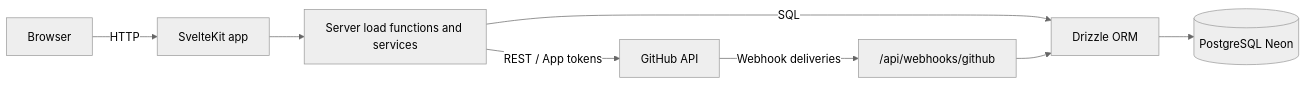
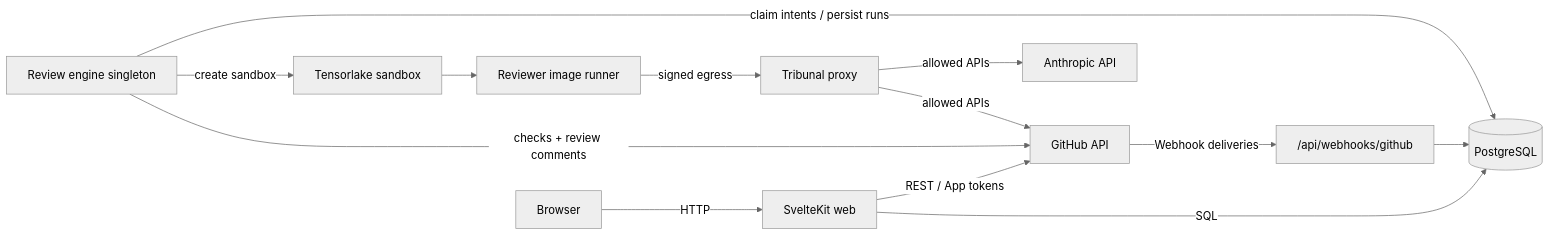
Before and after one commit to stevekinney/tribunal: the first of 3 diagrams in documentation/ARCHITECTURE.md, drawn with Mermaid (neutral theme). The commit also changed other lines of this file and 21 other files, not shown here.

Commit message:
Add review engine release verification

````diff
--- a/documentation/ARCHITECTURE.md
+++ b/documentation/ARCHITECTURE.md
@@ -23,11 +31,15 @@
 ```mermaid
 flowchart LR
-  Browser[Browser] -->|HTTP| SvelteKit[SvelteKit app]
-  SvelteKit --> Services[Server load functions and services]
-  Services -->|SQL| Drizzle[Drizzle ORM]
-  Drizzle --> Neon[(PostgreSQL Neon)]
-
-  Services -->|REST / App tokens| GitHub[GitHub API]
+  Browser[Browser] -->|HTTP| Web[SvelteKit web]
+  Web -->|SQL| Database[(PostgreSQL)]
+  Web -->|REST / App tokens| GitHub[GitHub API]
   GitHub -->|Webhook deliveries| Webhook["/api/webhooks/github"]
-  Webhook --> Drizzle
+  Webhook --> Database
+  Engine[Review engine singleton] -->|claim intents / persist runs| Database
+  Engine -->|checks + review comments| GitHub
+  Engine -->|create sandbox| Tensorlake[Tensorlake sandbox]
+  Tensorlake --> Runner[Reviewer image runner]
+  Runner -->|signed egress| Proxy[Tribunal proxy]
+  Proxy -->|allowed APIs| GitHub
+  Proxy -->|allowed APIs| Anthropic[Anthropic API]
 ```
````
